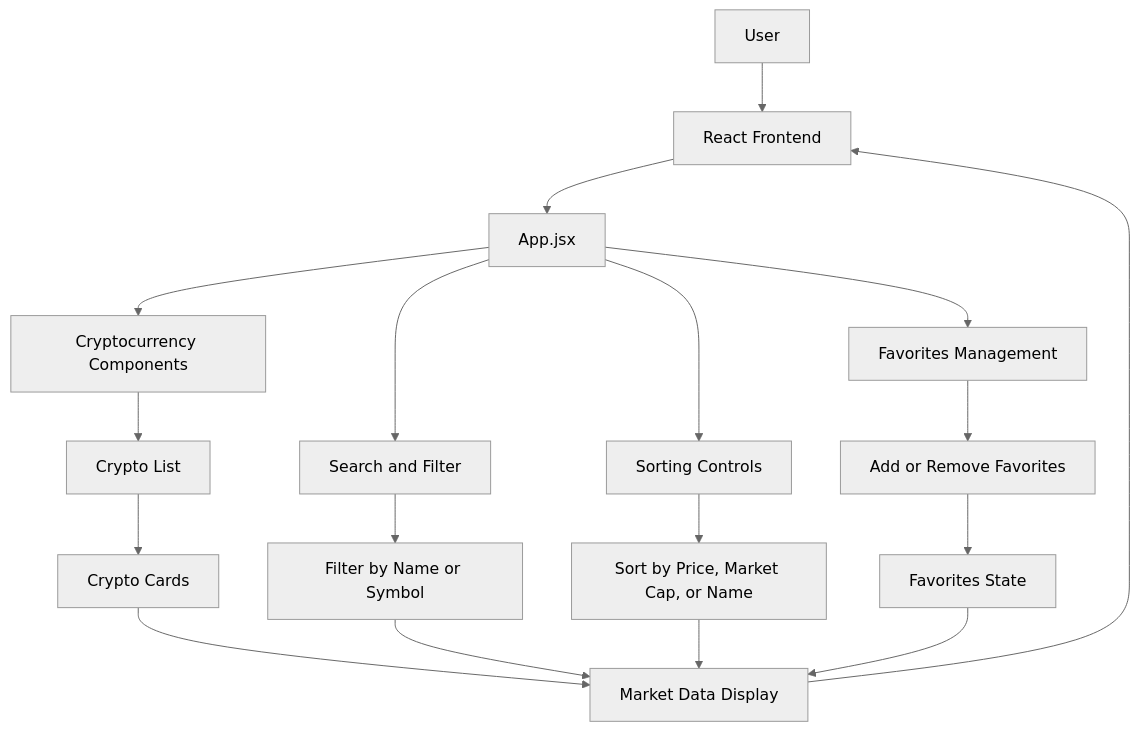
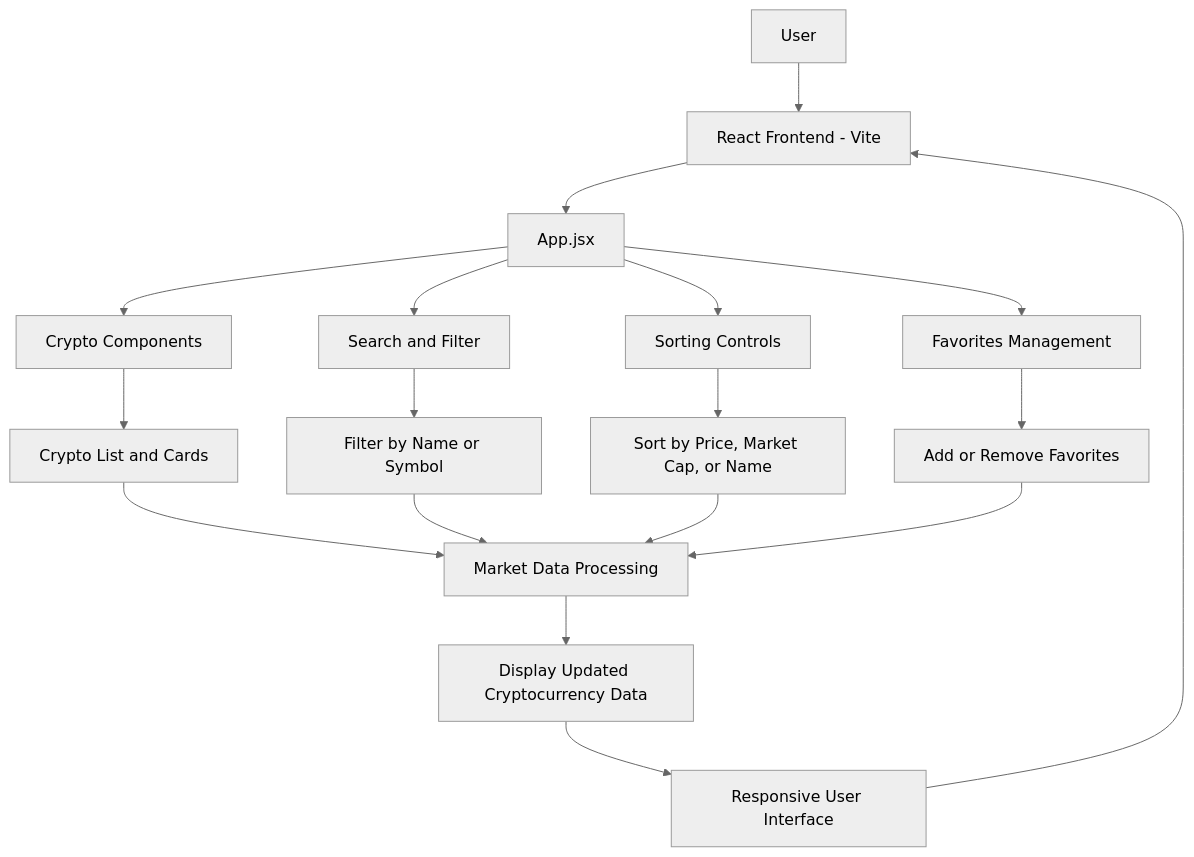
The diagram in README.md (arjuniverse/CryptoPulse), drawn with Mermaid (neutral theme) before and after one commit. The commit also changed other lines of this file, not shown here.

````diff
--- a/README.md
+++ b/README.md
@@ -65,27 +65,28 @@
 ```mermaid
 flowchart TD
-    A[User] --> B[React Frontend]
+
+    A[User] --> B[React Frontend - Vite]
 
     B --> C[App.jsx]
 
-    C --> D[Cryptocurrency Components]
+    C --> D[Crypto Components]
     C --> E[Search and Filter]
     C --> F[Sorting Controls]
     C --> G[Favorites Management]
 
-    D --> H[Crypto List]
-    H --> I[Crypto Cards]
+    D --> H[Crypto List and Cards]
+    E --> I[Filter by Name or Symbol]
+    F --> J[Sort by Price, Market Cap, or Name]
+    G --> K[Add or Remove Favorites]
 
-    E --> J[Filter by Name or Symbol]
-    F --> K[Sort by Price, Market Cap, or Name]
+    H --> L[Market Data Processing]
+    I --> L
+    J --> L
+    K --> L
 
-    G --> L[Add or Remove Favorites]
-    L --> M[Favorites State]
+    L --> M[Display Updated Cryptocurrency Data]
 
-    I --> N[Market Data Display]
-    J --> N
-    K --> N
-    M --> N
+    M --> N[Responsive User Interface]
 
     N --> B
 ```
````
